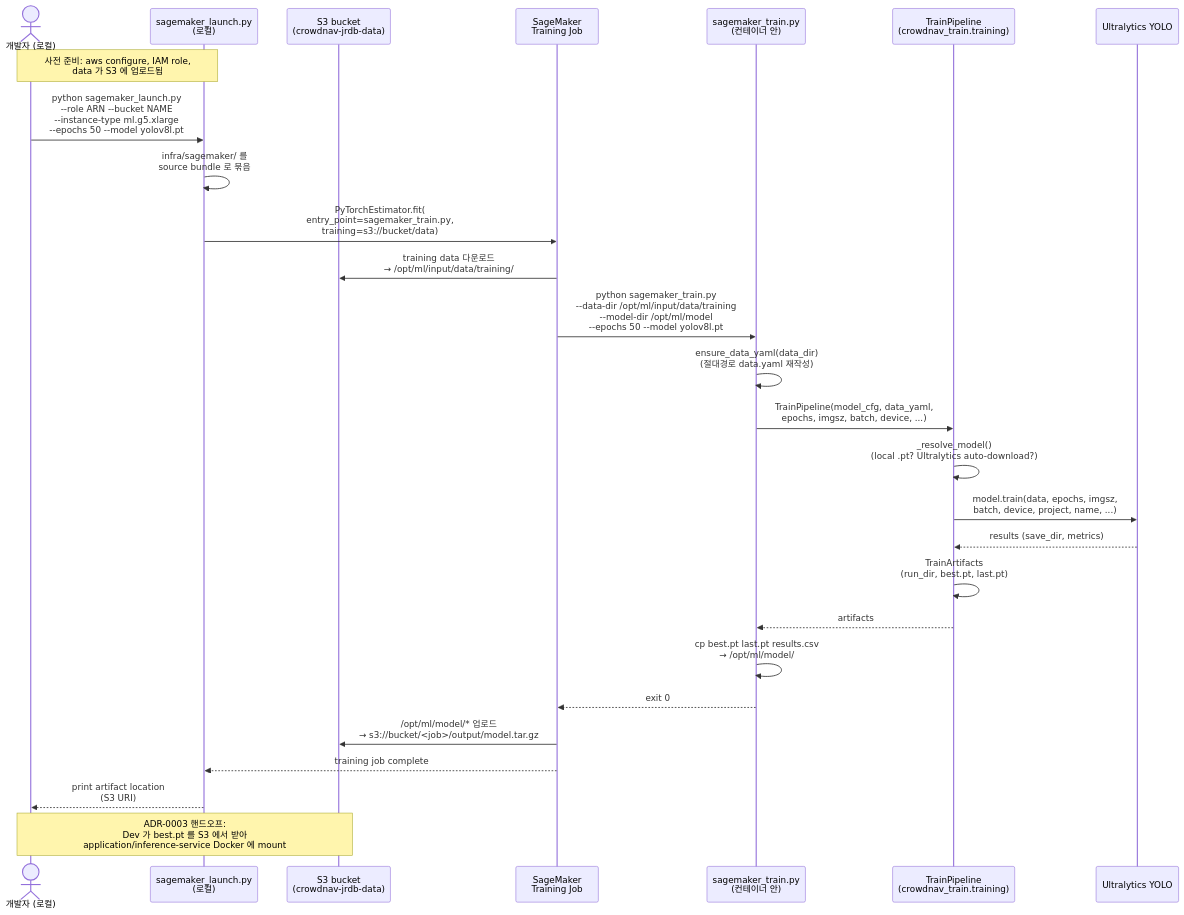
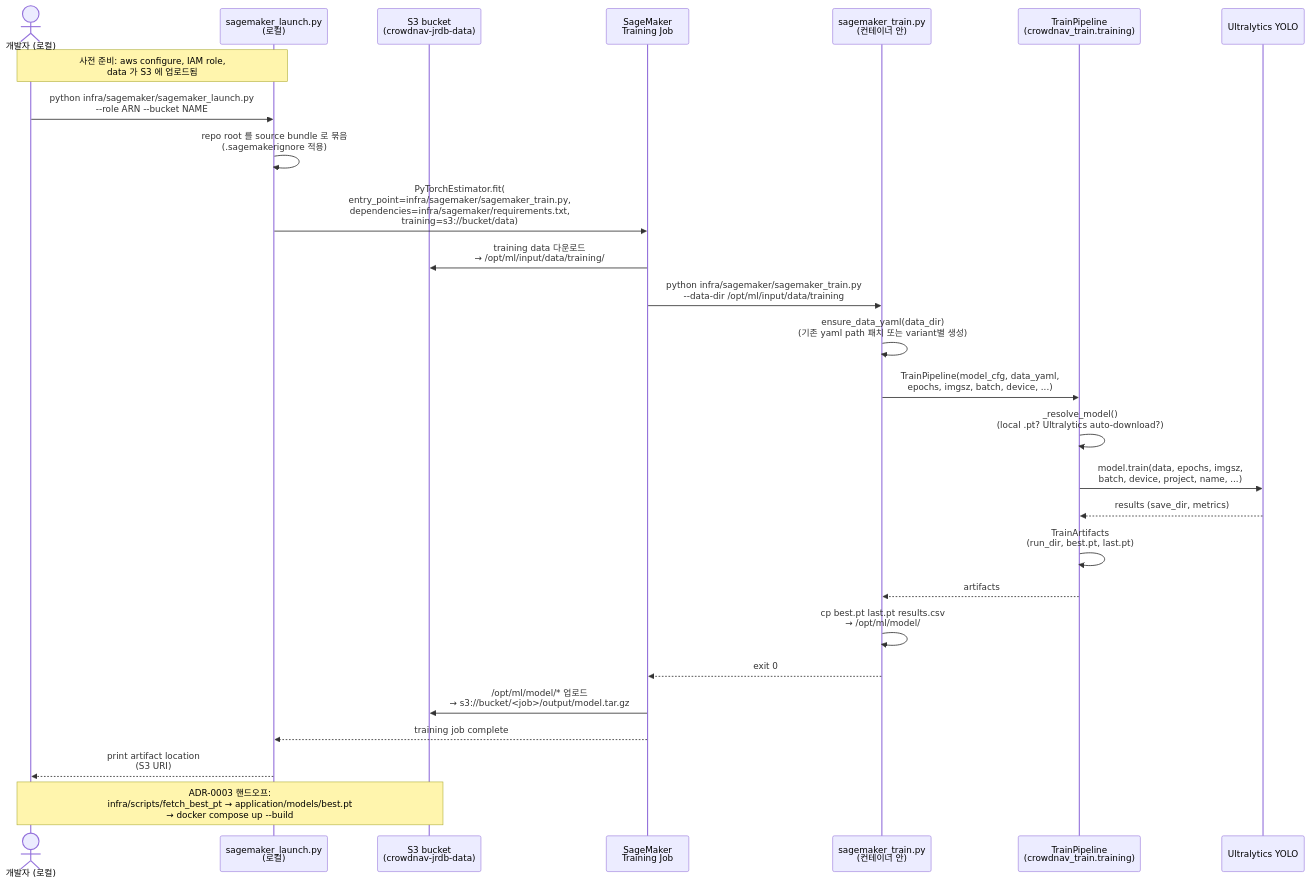
The first of 2 diagrams in docs/architecture/sequence_training_pipeline.md (salieri009/DeepLearning42028UTS), drawn with Mermaid before and after one commit. The commit also changed other lines of this file and 13 other files, not shown here.

````diff
--- a/docs/architecture/sequence_training_pipeline.md
+++ b/docs/architecture/sequence_training_pipeline.md
@@ -31,33 +31,33 @@
 ```mermaid
 sequenceDiagram
     actor Dev as 개발자 (로컬)
     participant LAUNCH as sagemaker_launch.py<br/>(로컬)
     participant S3 as S3 bucket<br/>(crowdnav-jrdb-data)
     participant SM as SageMaker<br/>Training Job
     participant TRAIN as sagemaker_train.py<br/>(컨테이너 안)
     participant TP as TrainPipeline<br/>(crowdnav_train.training)
     participant YOLO as Ultralytics YOLO
 
     Note over Dev,LAUNCH: 사전 준비: aws configure, IAM role,<br/>data 가 S3 에 업로드됨
-    Dev->>LAUNCH: python sagemaker_launch.py<br/>--role ARN --bucket NAME<br/>--instance-type ml.g5.xlarge<br/>--epochs 50 --model yolov8l.pt
-    LAUNCH->>LAUNCH: infra/sagemaker/ 를<br/>source bundle 로 묶음
-    LAUNCH->>SM: PyTorchEstimator.fit(<br/>entry_point=sagemaker_train.py,<br/>training=s3://bucket/data)
+    Dev->>LAUNCH: python infra/sagemaker/sagemaker_launch.py<br/>--role ARN --bucket NAME
+    LAUNCH->>LAUNCH: repo root 를 source bundle 로 묶음<br/>(.sagemakerignore 적용)
+    LAUNCH->>SM: PyTorchEstimator.fit(<br/>entry_point=infra/sagemaker/sagemaker_train.py,<br/>dependencies=infra/sagemaker/requirements.txt,<br/>training=s3://bucket/data)
     SM->>S3: training data 다운로드<br/>→ /opt/ml/input/data/training/
 
-    SM->>TRAIN: python sagemaker_train.py<br/>--data-dir /opt/ml/input/data/training<br/>--model-dir /opt/ml/model<br/>--epochs 50 --model yolov8l.pt
-    TRAIN->>TRAIN: ensure_data_yaml(data_dir)<br/>(절대경로 data.yaml 재작성)
+    SM->>TRAIN: python infra/sagemaker/sagemaker_train.py<br/>--data-dir /opt/ml/input/data/training
+    TRAIN->>TRAIN: ensure_data_yaml(data_dir)<br/>(기존 yaml path 패치 또는 variant별 생성)
     TRAIN->>TP: TrainPipeline(model_cfg, data_yaml,<br/>epochs, imgsz, batch, device, ...)
     TP->>TP: _resolve_model()<br/>(local .pt? Ultralytics auto-download?)
     TP->>YOLO: model.train(data, epochs, imgsz,<br/>batch, device, project, name, ...)
     YOLO-->>TP: results (save_dir, metrics)
     TP->>TP: TrainArtifacts<br/>(run_dir, best.pt, last.pt)
     TP-->>TRAIN: artifacts
 
     TRAIN->>TRAIN: cp best.pt last.pt results.csv<br/>→ /opt/ml/model/
     TRAIN-->>SM: exit 0
     SM->>S3: /opt/ml/model/* 업로드<br/>→ s3://bucket/<job>/output/model.tar.gz
     SM-->>LAUNCH: training job complete
     LAUNCH-->>Dev: print artifact location<br/>(S3 URI)
 
-    Note over Dev,S3: ADR-0003 핸드오프:<br/>Dev 가 best.pt 를 S3 에서 받아<br/>application/inference-service Docker 에 mount
+    Note over Dev,S3: ADR-0003 핸드오프:<br/>infra/scripts/fetch_best_pt → application/models/best.pt<br/>→ docker compose up --build
 ```
````
